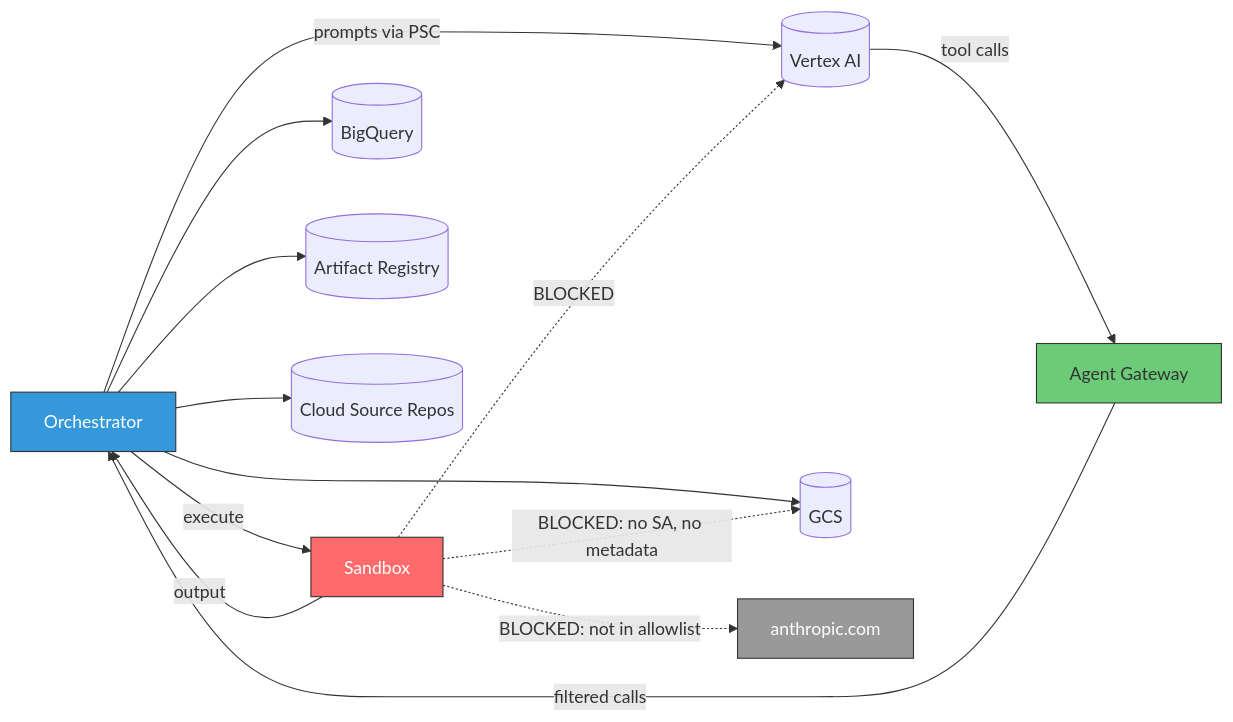
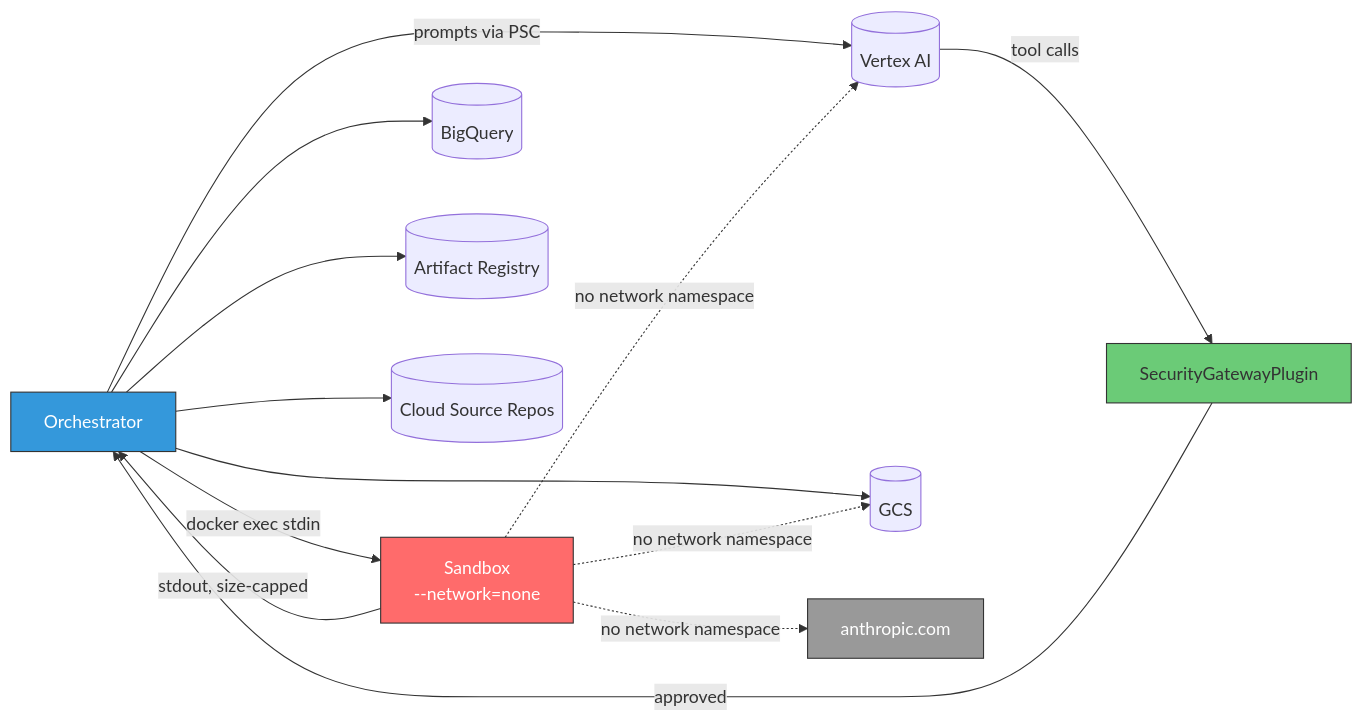
Before and after one commit to prashantkul/anthropic-mythos-on-gcp: the second of 9 diagrams in APPROACH.md, drawn with Mermaid. The commit also changed other lines of this file and 1 other file, not shown here.

First line of the commit message:
Update architecture docs to reflect --network=none sandbox

````diff
--- a/APPROACH.md
+++ b/APPROACH.md
@@ -124,22 +124,22 @@
 ```mermaid
 graph LR
     O[Orchestrator] -->|prompts via PSC| VTXAI[(Vertex AI)]
-    VTXAI -->|tool calls| GW[Agent Gateway]
-    GW -->|filtered calls| O
-    O -->|execute| S[Sandbox]
-    S -->|output| O
+    VTXAI -->|tool calls| PLUGIN[SecurityGatewayPlugin]
+    PLUGIN -->|approved| O
+    O -->|docker exec stdin| S[Sandbox<br/>--network=none]
+    S -->|stdout, size-capped| O
 
     O --> GCS[(GCS)]
     O --> BQ[(BigQuery)]
     O --> AR[(Artifact Registry)]
     O --> CSR[(Cloud Source Repos)]
 
-    S -.->|BLOCKED: no SA, no metadata| GCS
-    S -.->|BLOCKED| VTXAI
-    S -.->|BLOCKED: not in allowlist| ANTH[anthropic.com]
+    S -.->|no network namespace| GCS
+    S -.->|no network namespace| VTXAI
+    S -.->|no network namespace| ANTH[anthropic.com]
 
     style S fill:#ff6b6b,stroke:#333,color:#fff
-    style GW fill:#6bcb77,stroke:#333
+    style PLUGIN fill:#6bcb77,stroke:#333
     style O fill:#3498db,stroke:#333,color:#fff
     style ANTH fill:#999,stroke:#333,color:#fff
 ```
````
